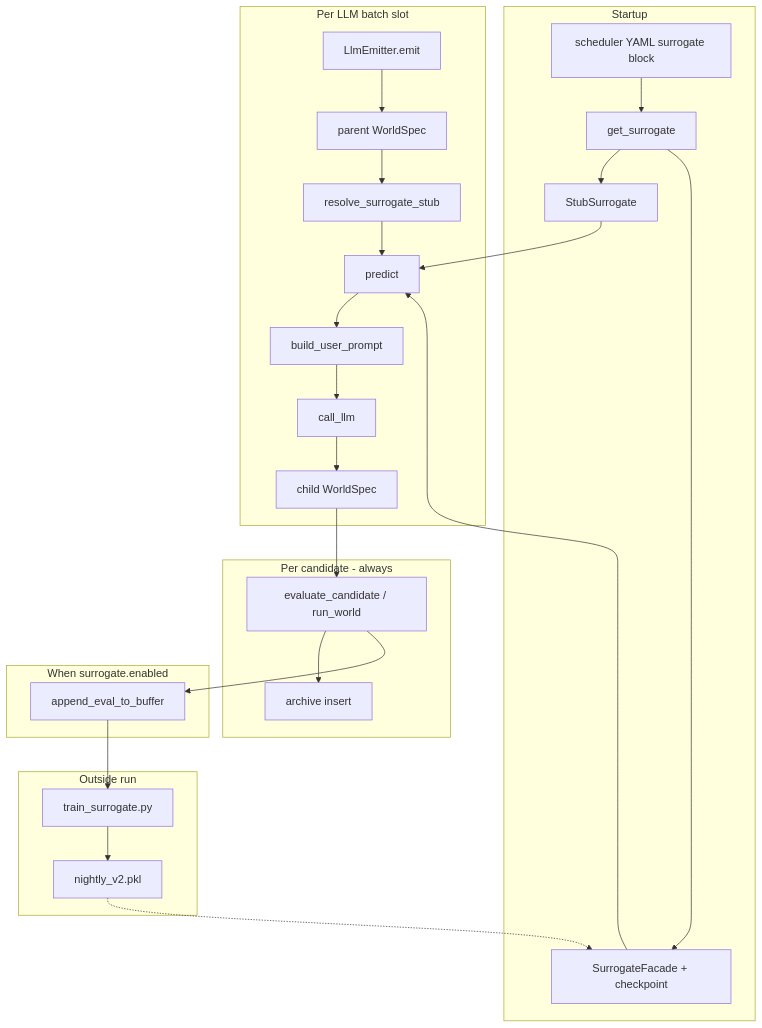
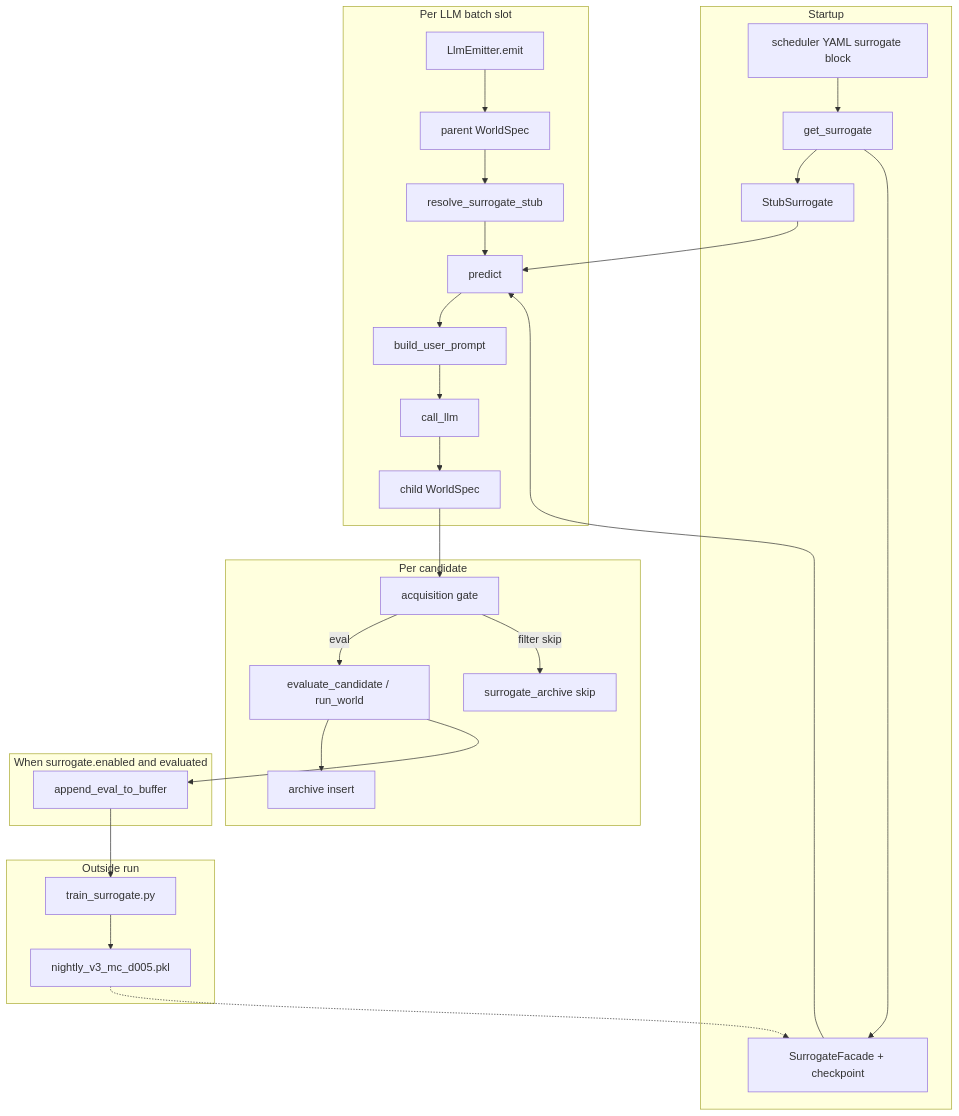
Before and after one commit to Starovoitov/LifeManifold: the first of 2 diagrams in docs/SURROGATE_MODEL.md, drawn with Mermaid. The commit also changed other lines of this file and 11 other files, not shown here.

````diff
--- a/docs/SURROGATE_MODEL.md
+++ b/docs/SURROGATE_MODEL.md
@@ -49,42 +49,45 @@
 ```mermaid
 flowchart TB
   subgraph cfg [Startup]
     YAML[scheduler YAML surrogate block]
     GS[get_surrogate]
     YAML --> GS
     GS --> STUB[StubSurrogate]
     GS --> FAC[SurrogateFacade + checkpoint]
   end
 
   subgraph llm_slot [Per LLM batch slot]
     EMIT[LlmEmitter.emit]
     PARENT[parent WorldSpec]
     RS[resolve_surrogate_stub]
     PR[predict]
     PROMPT[build_user_prompt]
     API[call_llm]
     CHILD[child WorldSpec]
     EMIT --> PARENT --> RS --> PR --> PROMPT --> API --> CHILD
   end
 
-  subgraph truth [Per candidate - always]
+  subgraph truth [Per candidate]
+    ACQ[acquisition gate]
     EVAL[evaluate_candidate / run_world]
     ARCH[archive insert]
-    CHILD --> EVAL --> ARCH
+    CHILD --> ACQ
+    ACQ -->|eval| EVAL --> ARCH
+    ACQ -->|filter skip| SKIP[surrogate_archive skip]
   end
 
-  subgraph log [When surrogate.enabled]
+  subgraph log [When surrogate.enabled and evaluated]
     BUF[append_eval_to_buffer]
     EVAL --> BUF
   end
 
   subgraph offline [Outside run]
     TR[train_surrogate.py]
-    CKPT[nightly_v2.pkl]
+    CKPT[nightly_v3_mc_d005.pkl]
     BUF --> TR --> CKPT
     CKPT -.-> FAC
   end
 
   FAC --> PR
   STUB --> PR
 ```
````
